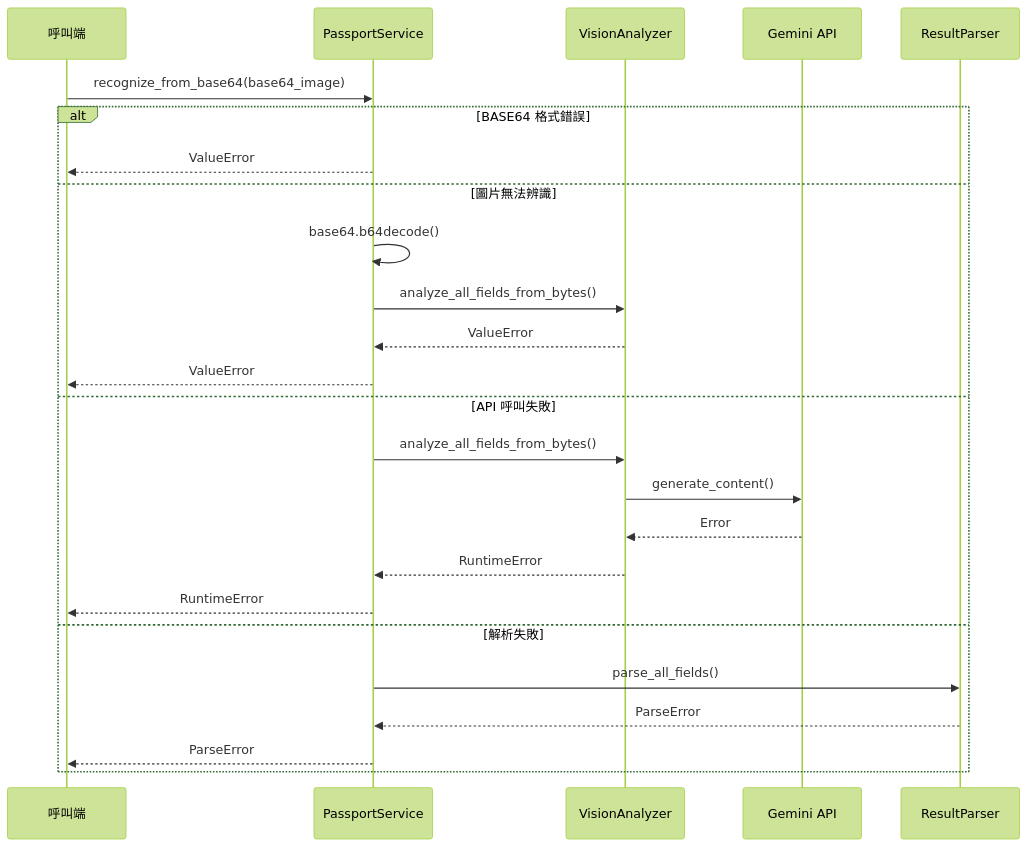
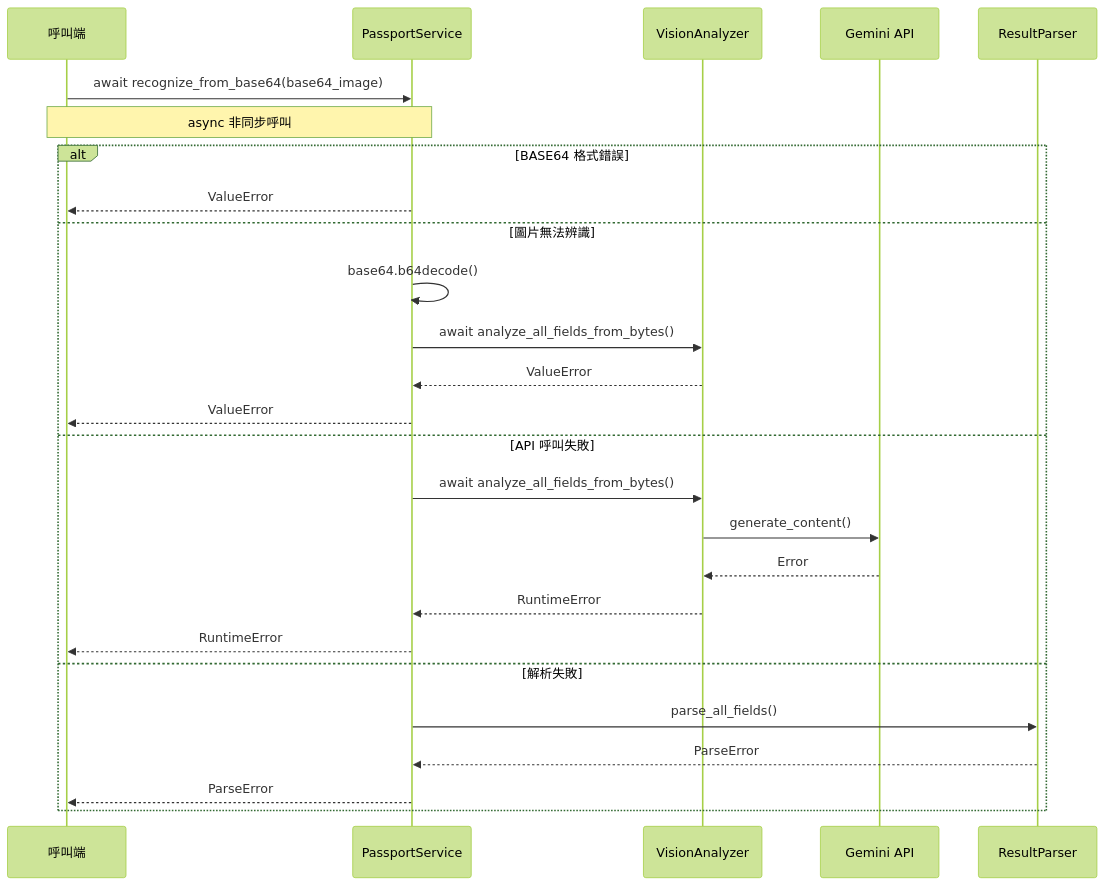
Before and after one commit to wu02067602/Passport-image-recognition: the third of 3 diagrams in 序列圖.md, drawn with Mermaid (forest theme). The commit also changed other lines of this file and 10 other files, not shown here.

````diff
--- a/序列圖.md
+++ b/序列圖.md
@@ -114,29 +90,30 @@
 ```mermaid
 sequenceDiagram
     participant Caller as 呼叫端
     participant Service as PassportService
     participant Analyzer as VisionAnalyzer
     participant API as Gemini API
     participant Parser as ResultParser
     
-    Caller->>Service: recognize_from_base64(base64_image)
+    Caller->>Service: await recognize_from_base64(base64_image)
+    Note over Caller,Service: async 非同步呼叫
     
     alt BASE64 格式錯誤
         Service-->>Caller: ValueError
     else 圖片無法辨識
         Service->>Service: base64.b64decode()
-        Service->>Analyzer: analyze_all_fields_from_bytes()
+        Service->>Analyzer: await analyze_all_fields_from_bytes()
         Analyzer-->>Service: ValueError
         Service-->>Caller: ValueError
     else API 呼叫失敗
-        Service->>Analyzer: analyze_all_fields_from_bytes()
+        Service->>Analyzer: await analyze_all_fields_from_bytes()
         Analyzer->>API: generate_content()
         API-->>Analyzer: Error
         Analyzer-->>Service: RuntimeError
         Service-->>Caller: RuntimeError
     else 解析失敗
         Service->>Parser: parse_all_fields()
         Parser-->>Service: ParseError
         Service-->>Caller: ParseError
     end
 ```
````
